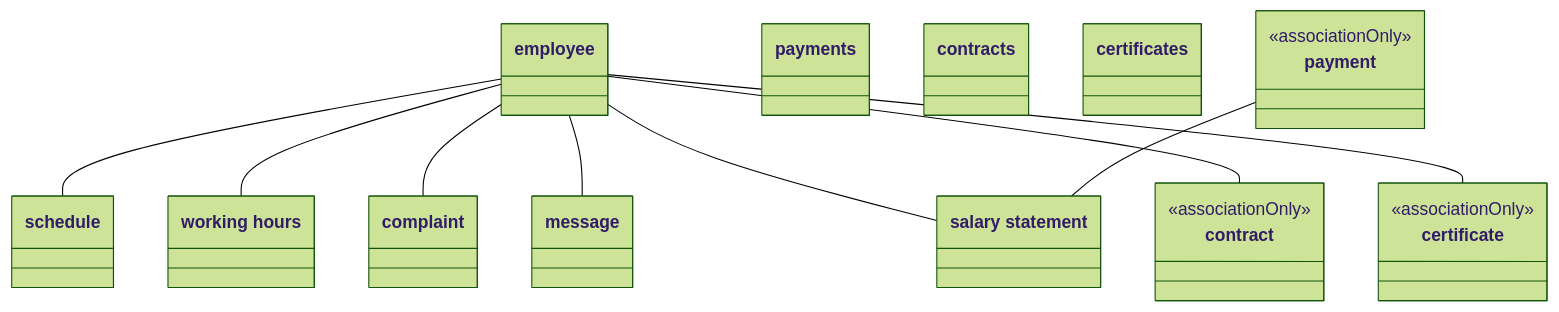
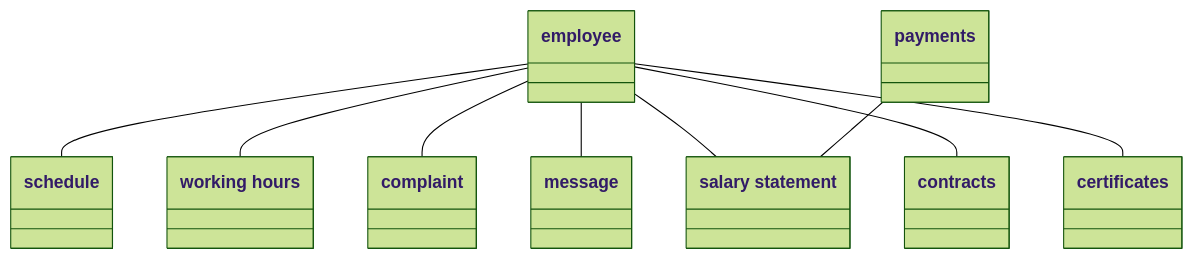
One commit to DomDeWulf/user-story-domain-model-datasets changed the diagram in 2_gold_standard_domain_models/grocery.mmd. Above: the diagram before and after it, drawn with Mermaid (forest theme). The commit also changed 13 other files, not shown here.

Commit message:
Normalize domain-model terms and document association assumptions

```diff
--- a/2_gold_standard_domain_models/grocery.mmd
+++ b/2_gold_standard_domain_models/grocery.mmd
@@ -1,29 +1,56 @@
 classDiagram
     %% Project: Grocery
-    %% Labels and association rows are preserved exactly from the original workbooks.
-    %% associationOnly marks endpoints absent from the gold-standard class list.
-    %% These additional nodes are not gold-standard classes.
-    %% No direction, multiplicity, attributes, or methods are inferred.
+    %% Class labels match Gold standard - Classes.xlsx exactly, including capitalization.
+    %% Singular/plural forms are assumed equivalent; every changed endpoint is documented below.
+    %% Every association preserves one row of Gold standard - Associations.xlsx, in workbook order.
+    %% associationOnly nodes have no matching class in the Classes Excel; exclude them from class evaluation.
+    %% No direction, multiplicity, relationship labels, inheritance, attributes, or methods are inferred.
     class C001["employee"]
     class C002["payments"]
     class C003["schedule"]
     class C004["message"]
     class C005["contracts"]
     class C006["certificates"]
     class C007["complaint"]
     class C008["salary statement"]
     class C009["working hours"]
-    class C010["contract"]
-    <<associationOnly>> C010
-    class C011["certificate"]
-    <<associationOnly>> C011
-    class C012["payment"]
-    <<associationOnly>> C012
+
+    %% Association (Classes Excel terms where available): employee -- schedule
+    %% Associations Excel (Sheet1!E3:F3): employee -- schedule.
+    %% Wording differences: none.
     C001 -- C003
+
+    %% Association (Classes Excel terms where available): employee -- working hours
+    %% Associations Excel (Sheet1!E4:F4): employee -- working hours.
+    %% Wording differences: none.
     C001 -- C009
+
+    %% Association (Classes Excel terms where available): employee -- complaint
+    %% Associations Excel (Sheet1!E5:F5): employee -- complaint.
+    %% Wording differences: none.
     C001 -- C007
+
+    %% Association (Classes Excel terms where available): employee -- message
+    %% Associations Excel (Sheet1!E6:F6): employee -- message.
+    %% Wording differences: none.
     C001 -- C004
+
+    %% Association (Classes Excel terms where available): employee -- salary statement
+    %% Associations Excel (Sheet1!E7:F7): employee -- salary statement.
+    %% Wording differences: none.
     C001 -- C008
-    C001 -- C010
-    C001 -- C011
-    C012 -- C008
+
+    %% Association (Classes Excel terms where available): employee -- contracts
+    %% Associations Excel (Sheet1!E8:F8): employee -- contract.
+    %% Assumption: "contract" -> "contracts" (singular/plural forms are assumed interchangeable).
+    C001 -- C005
+
+    %% Association (Classes Excel terms where available): employee -- certificates
+    %% Associations Excel (Sheet1!E9:F9): employee -- certificate.
+    %% Assumption: "certificate" -> "certificates" (singular/plural forms are assumed interchangeable).
+    C001 -- C006
+
+    %% Association (Classes Excel terms where available): payments -- salary statement
+    %% Associations Excel (Sheet1!E10:F10): payment -- salary statement.
+    %% Assumption: "payment" -> "payments" (singular/plural forms are assumed interchangeable).
+    C002 -- C008
```
